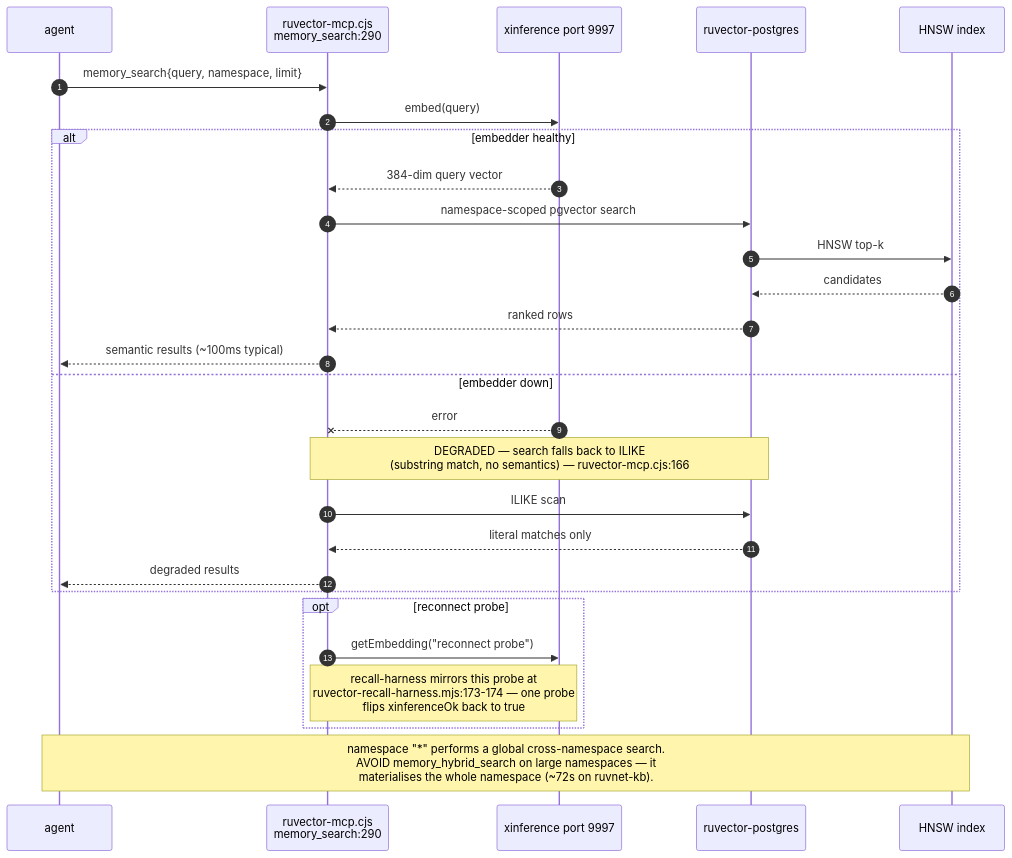
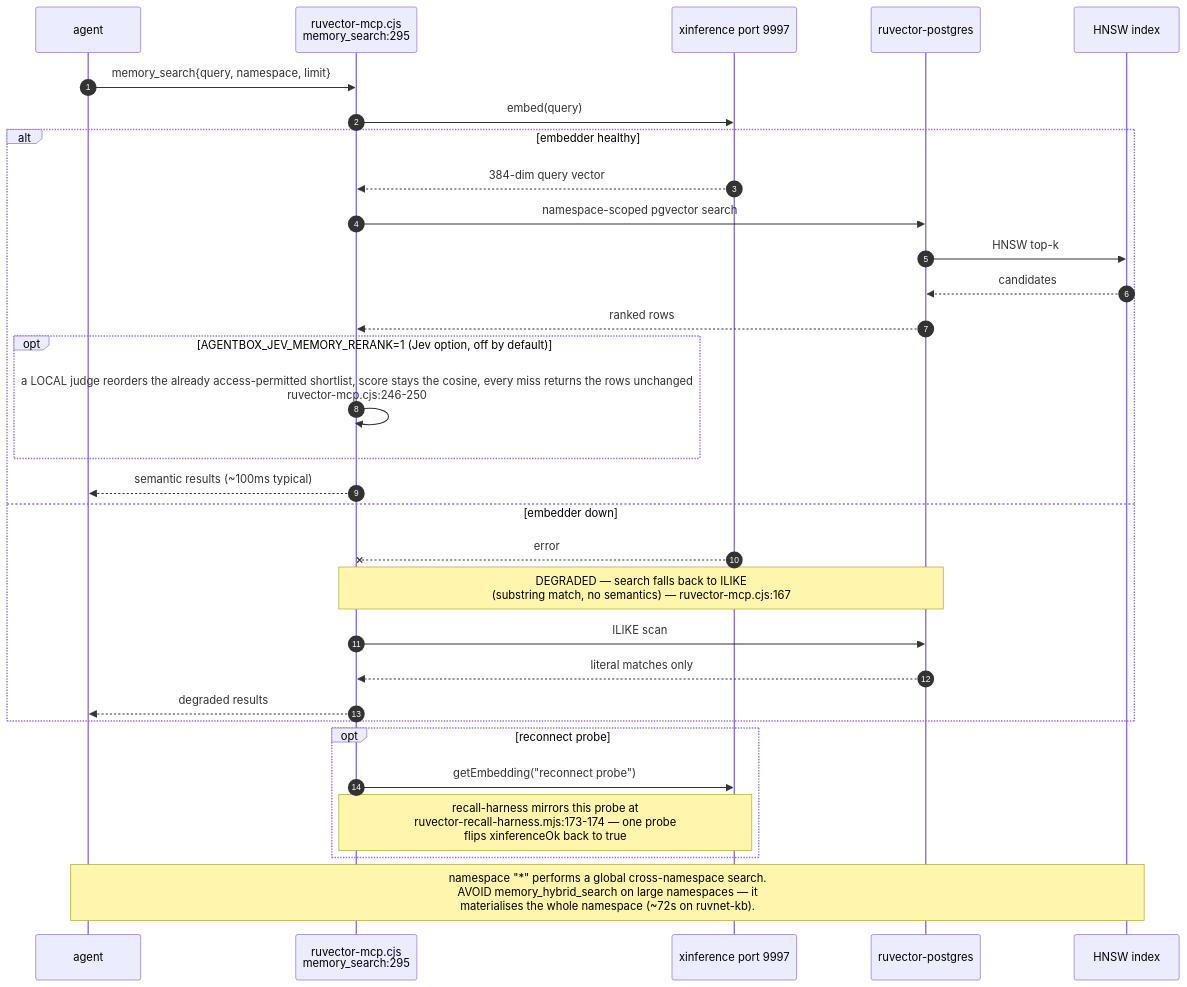
Before and after one commit to DreamLab-AI/VisionFlow: the third of 6 diagrams in docs/diagrams/estate/07-memory-and-embedding-estate.md, drawn with Mermaid. The commit also changed other lines of this file and 160 other files, not shown here.

````diff
--- a/docs/diagrams/estate/07-memory-and-embedding-estate.md
+++ b/docs/diagrams/estate/07-memory-and-embedding-estate.md
@@ -105,31 +112,34 @@
 ```mermaid
 sequenceDiagram
     autonumber
     participant A as agent
-    participant M as ruvector-mcp.cjs<br/>memory_search:290
+    participant M as ruvector-mcp.cjs<br/>memory_search:295
     participant X as xinference port 9997
     participant P as ruvector-postgres
     participant H as HNSW index
 
     A->>M: memory_search{query, namespace, limit}
     M->>X: embed(query)
     alt embedder healthy
         X-->>M: 384-dim query vector
         M->>P: namespace-scoped pgvector search
         P->>H: HNSW top-k
         H-->>P: candidates
         P-->>M: ranked rows
+        opt AGENTBOX_JEV_MEMORY_RERANK=1 (Jev option, off by default)
+            M->>M: a LOCAL judge reorders the already access-permitted shortlist, score stays the cosine, every miss returns the rows unchanged<br/>ruvector-mcp.cjs:246-250
+        end
         M-->>A: semantic results (~100ms typical)
     else embedder down
         X--xM: error
-        Note over M,P: DEGRADED — search falls back to ILIKE<br/>(substring match, no semantics) — ruvector-mcp.cjs:166
+        Note over M,P: DEGRADED — search falls back to ILIKE<br/>(substring match, no semantics) — ruvector-mcp.cjs:167
         M->>P: ILIKE scan
         P-->>M: literal matches only
         M-->>A: degraded results
     end
     opt reconnect probe
         M->>X: getEmbedding("reconnect probe")
         Note over M,X: recall-harness mirrors this probe at<br/>ruvector-recall-harness.mjs:173-174 — one probe<br/>flips xinferenceOk back to true
     end
     Note over A,H: namespace "*" performs a global cross-namespace search.<br/>AVOID memory_hybrid_search on large namespaces — it<br/>materialises the whole namespace (~72s on ruvnet-kb).
 ```
````
